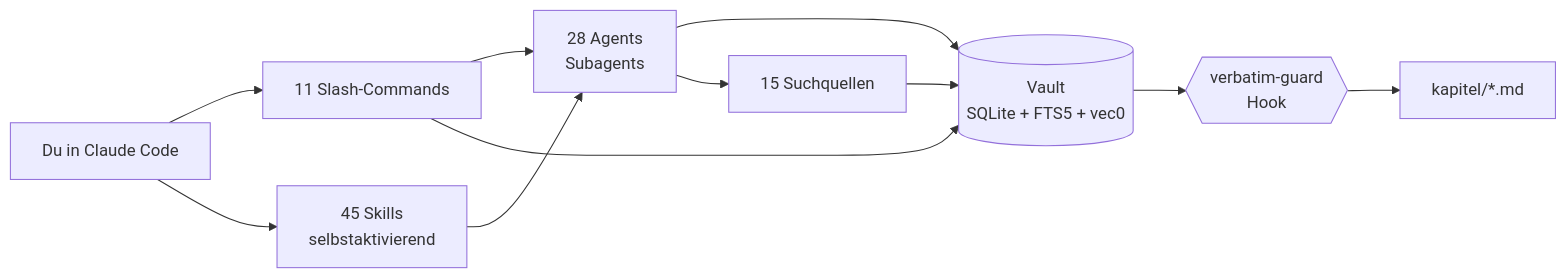
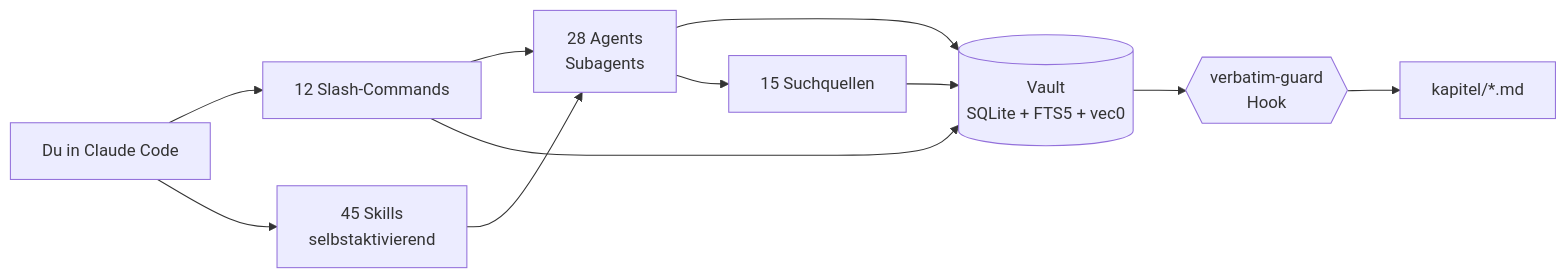
The diagram in README.md (ahlerjam/academic-research), drawn with Mermaid before and after one commit. The commit also changed other lines of this file and 16 other files, not shown here.

````diff
--- a/README.md
+++ b/README.md
@@ -78,13 +78,13 @@
 ```mermaid
 graph LR
-    U[Du in Claude Code] --> C[11 Slash-Commands]
+    U[Du in Claude Code] --> C[12 Slash-Commands]
     U --> S[45 Skills<br/>selbstaktivierend]
     C --> A[28 Agents<br/>Subagents]
     S --> A
     A --> V[(Vault<br/>SQLite + FTS5 + vec0)]
     C --> V
     A --> Q[15 Suchquellen]
     Q --> V
     V --> H{{verbatim-guard<br/>Hook}}
     H --> K[kapitel/*.md]
 ```
````
